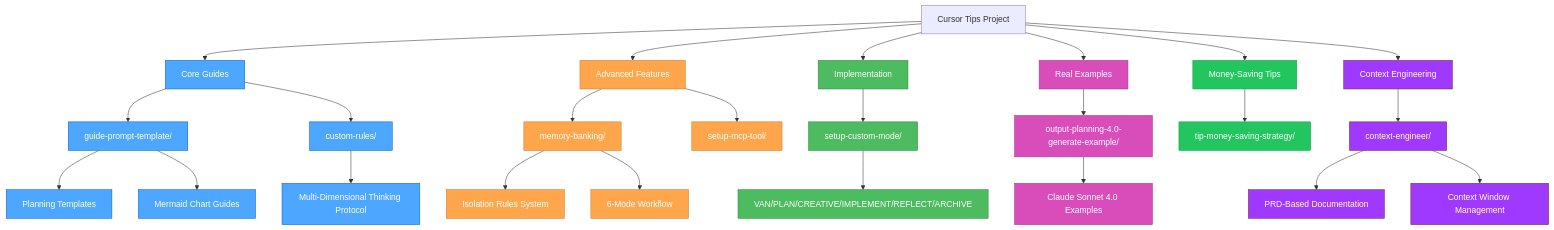
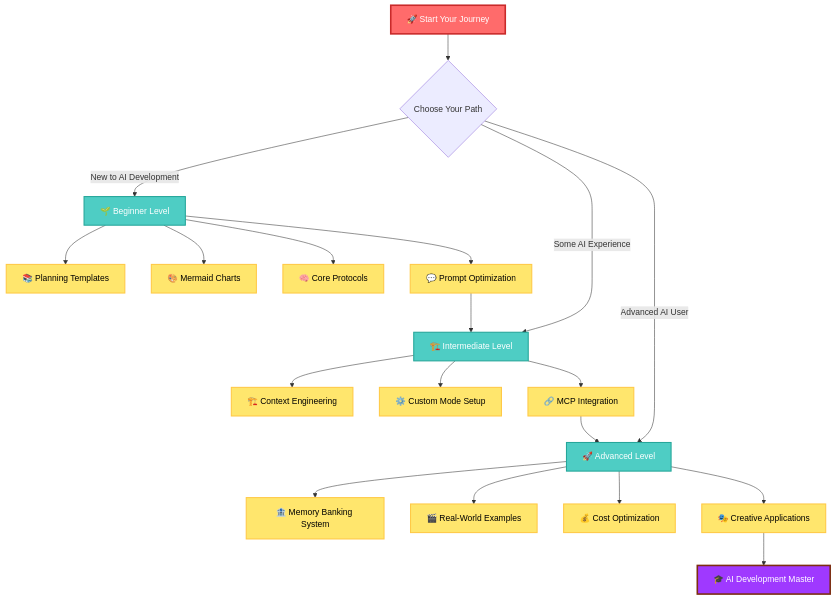
One commit to giang6283623/cursor-tip changed the first of 8 diagrams in README.md. Above: the diagram before and after it, drawn with Mermaid. The commit also changed other lines of this file and 104 other files, not shown here.

Commit message:
Improve the guide, arrange it by level for easier access

````diff
--- a/README.md
+++ b/README.md
@@ -11,49 +11,36 @@
 ```mermaid
 graph TD
-    Root[Cursor Tips Project] --> Core[Core Guides]
-    Root --> Advanced[Advanced Features]
-    Root --> Implementation[Implementation]
-    Root --> Examples[Real Examples]
-    Root --> MoneyTips[Money-Saving Tips]
-    Root --> ContextEng[Context Engineering]
-
-    Core --> GuideTemplate[guide-prompt-template/]
-    Core --> CustomRules[custom-rules/]
-
-    Advanced --> MemoryBanking[memory-banking/]
-    Advanced --> MCPTools[setup-mcp-tool/]
-
-    Implementation --> SetupModes[setup-custom-mode/]
-    Examples --> OutputPlanning[output-planning-4.0-generate-example/]
-    MoneyTips --> TipStrategy[tip-money-saving-strategy/]
-    ContextEng --> ContextGuide[context-engineer/]
-
-    GuideTemplate --> Planning[Planning Templates]
-    GuideTemplate --> Mermaid[Mermaid Chart Guides]
-
-    CustomRules --> Protocol[Multi-Dimensional Thinking Protocol]
-
-    MemoryBanking --> IsolationRules[Isolation Rules System]
-    MemoryBanking --> Workflows[6-Mode Workflow]
-
-    SetupModes --> ModeSetup[VAN/PLAN/CREATIVE/IMPLEMENT/REFLECT/ARCHIVE]
-
-    OutputPlanning --> RealExamples[Claude Sonnet 4.0 Examples]
-
-    ContextGuide --> PRDMethod[PRD-Based Documentation]
-    ContextGuide --> ContextFlow[Context Window Management]
-
-    classDef core fill:#4da6ff,stroke:#0066cc,color:white
-    classDef advanced fill:#ffa64d,stroke:#cc7a30,color:white
-    classDef implementation fill:#4dbb5f,stroke:#36873f,color:white
-    classDef examples fill:#d94dbb,stroke:#a3378a,color:white
-    classDef moneytips fill:#22c55e,stroke:#16a34a,color:white
-    classDef contexteng fill:#9f39ff,stroke:#7c2d12,color:white
-
-    class Core,GuideTemplate,CustomRules,Planning,Mermaid,Protocol core
-    class Advanced,MemoryBanking,MCPTools,IsolationRules,Workflows advanced
-    class Implementation,SetupModes,ModeSetup implementation
-    class Examples,OutputPlanning,RealExamples examples
-    class MoneyTips,TipStrategy moneytips
-    class ContextEng,ContextGuide,PRDMethod,ContextFlow contexteng
+    Start[🚀 Start Your Journey] --> Choose{Choose Your Path}
+    
+    Choose -->|"New to AI Development"| Beginner[🌱 Beginner Level]
+    Choose -->|"Some AI Experience"| Intermediate[🏗️ Intermediate Level] 
+    Choose -->|"Advanced AI User"| Advanced[🚀 Advanced Level]
+    
+    Beginner --> B1[📚 Planning Templates]
+    Beginner --> B2[🎨 Mermaid Charts]
+    Beginner --> B3[🧠 Core Protocols]
+    Beginner --> B4[💬 Prompt Optimization]
+    
+    Intermediate --> I1[🏗️ Context Engineering]
+    Intermediate --> I2[⚙️ Custom Mode Setup]
+    Intermediate --> I3[🔗 MCP Integration]
+    
+    Advanced --> A1[🏦 Memory Banking System]
+    Advanced --> A2[🎬 Real-World Examples]
+    Advanced --> A3[💰 Cost Optimization]
+    Advanced --> A4[🎭 Creative Applications]
+    
+    B4 --> Intermediate
+    I3 --> Advanced
+    A4 --> Master[🎓 AI Development Master]
+    
+    classDef start fill:#ff6b6b,stroke:#c92a2a,stroke-width:3px,color:#fff
+    classDef level fill:#4ecdc4,stroke:#26a69a,stroke-width:2px,color:#fff
+    classDef skill fill:#ffe66d,stroke:#ffc947,stroke-width:2px,color:#000
+    classDef master fill:#9f39ff,stroke:#7c2d12,stroke-width:3px,color:#fff
+    
+    class Start start
+    class Beginner,Intermediate,Advanced level
+    class B1,B2,B3,B4,I1,I2,I3,A1,A2,A3,A4 skill
+    class Master master
 ```
````
